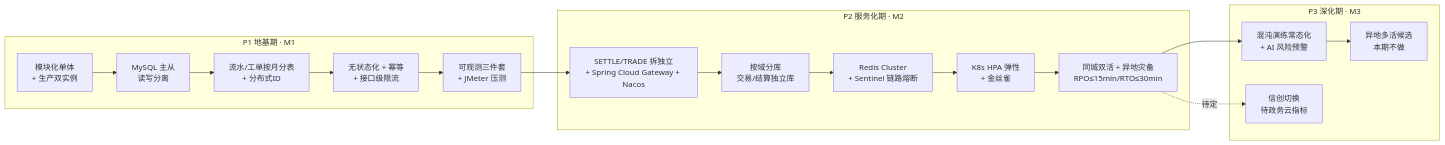
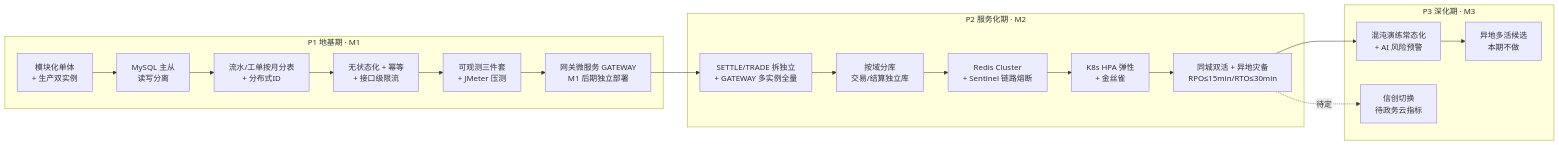
Before and after one commit to jzywm/Livelihood-Platform: the diagram in docs/design/高并发架构演进设计.md, drawn with Mermaid. The commit also changed other lines of this file and 12 other files, not shown here.

````diff
--- a/docs/design/高并发架构演进设计.md
+++ b/docs/design/高并发架构演进设计.md
@@ -32,26 +33,28 @@
 ```mermaid
 graph LR
     subgraph P1["P1 地基期 · M1"]
         M1A[模块化单体<br/>+ 生产双实例]
         M1B[MySQL 主从<br/>读写分离]
         M1C[流水/工单按月分表<br/>+ 分布式ID]
         M1D[无状态化 + 幂等<br/>+ 接口级限流]
         M1E[可观测三件套<br/>+ JMeter 压测]
+        M1F[网关微服务 GATEWAY<br/>M1 后期独立部署]
     end
     subgraph P2["P2 服务化期 · M2"]
-        M2A[SETTLE/TRADE 拆独立<br/>+ Spring Cloud Gateway + Nacos]
+        M2A[SETTLE/TRADE 拆独立<br/>+ GATEWAY 多实例全量]
         M2B[按域分库<br/>交易/结算独立库]
         M2C[Redis Cluster<br/>+ Sentinel 链路熔断]
         M2D[K8s HPA 弹性<br/>+ 金丝雀]
         M2E[同城双活 + 异地灾备<br/>RPO≤15min/RTO≤30min]
     end
     subgraph P3["P3 深化期 · M3"]
         M3A[混沌演练常态化<br/>+ AI 风险预警]
         M3B[异地多活候选<br/>本期不做]
         M3C[信创切换<br/>待政务云指标]
     end
     M1A --> M1B --> M1C --> M1D --> M1E
-    M1E --> M2A --> M2B --> M2C --> M2D --> M2E
+    M1E --> M1F
+    M1F --> M2A --> M2B --> M2C --> M2D --> M2E
     M2E --> M3A --> M3B
     M2E -. 待定 .-> M3C
 ```
````
